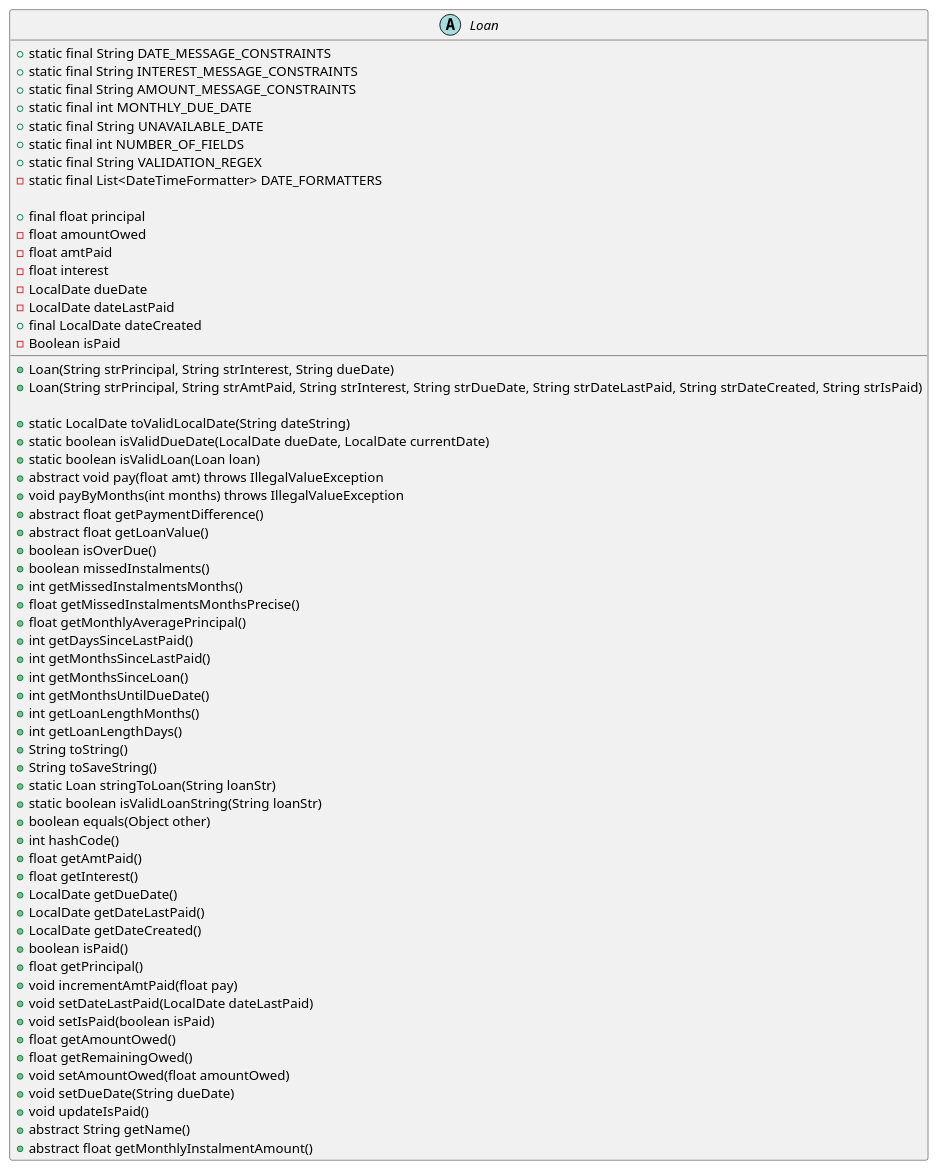
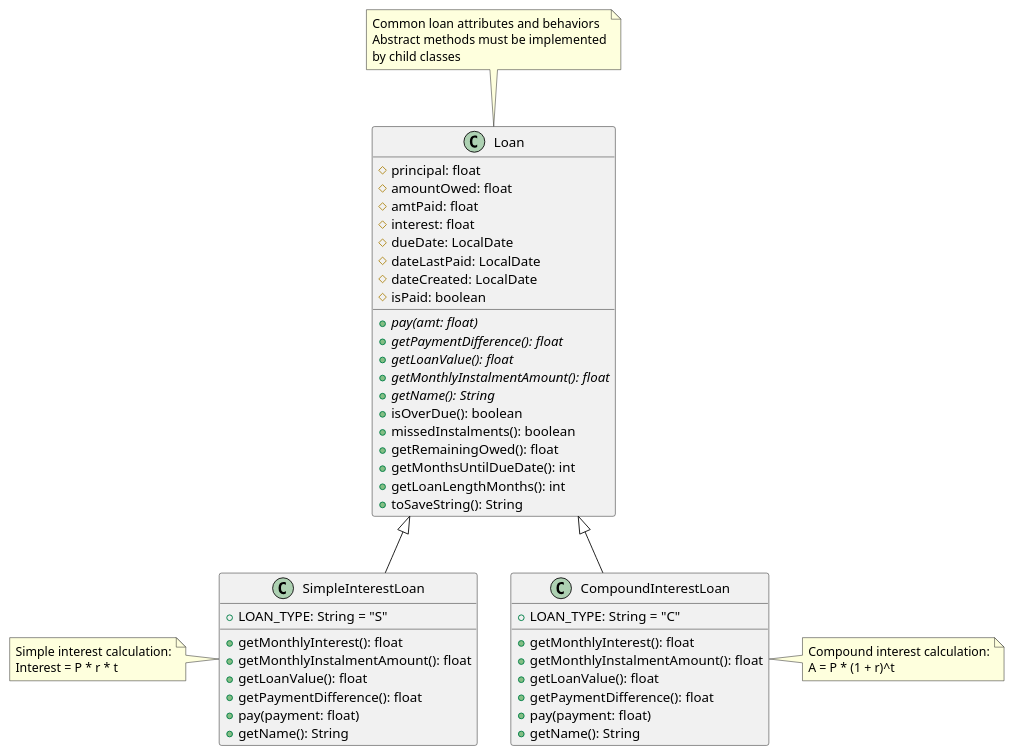
Before and after one commit to zechary28/tp: the diagram in docs/diagrams/LoanClassDiagram.puml, drawn with PlantUML. The commit also changed 2 other files, not shown here.

```diff
--- a/docs/diagrams/LoanClassDiagram.puml
+++ b/docs/diagrams/LoanClassDiagram.puml
@@ -1,68 +1,65 @@
 @startuml
+class Loan {
+    # principal: float
+    # amountOwed: float
+    # amtPaid: float
+    # interest: float
+    # dueDate: LocalDate
+    # dateLastPaid: LocalDate
+    # dateCreated: LocalDate
+    # isPaid: boolean
 
-abstract class Loan {
-    + static final String DATE_MESSAGE_CONSTRAINTS
-    + static final String INTEREST_MESSAGE_CONSTRAINTS
-    + static final String AMOUNT_MESSAGE_CONSTRAINTS
-    + static final int MONTHLY_DUE_DATE
-    + static final String UNAVAILABLE_DATE
-    + static final int NUMBER_OF_FIELDS
-    + static final String VALIDATION_REGEX
-    - static final List<DateTimeFormatter> DATE_FORMATTERS
-
-    + final float principal
-    - float amountOwed
-    - float amtPaid
-    - float interest
-    - LocalDate dueDate
-    - LocalDate dateLastPaid
-    + final LocalDate dateCreated
-    - Boolean isPaid
-
-    + Loan(String strPrincipal, String strInterest, String dueDate)
-    + Loan(String strPrincipal, String strAmtPaid, String strInterest, String strDueDate, String strDateLastPaid, String strDateCreated, String strIsPaid)
-
-    + static LocalDate toValidLocalDate(String dateString)
-    + static boolean isValidDueDate(LocalDate dueDate, LocalDate currentDate)
-    + static boolean isValidLoan(Loan loan)
-    + abstract void pay(float amt) throws IllegalValueException
-    + void payByMonths(int months) throws IllegalValueException
-    + abstract float getPaymentDifference()
-    + abstract float getLoanValue()
-    + boolean isOverDue()
-    + boolean missedInstalments()
-    + int getMissedInstalmentsMonths()
-    + float getMissedInstalmentsMonthsPrecise()
-    + float getMonthlyAveragePrincipal()
-    + int getDaysSinceLastPaid()
-    + int getMonthsSinceLastPaid()
-    + int getMonthsSinceLoan()
-    + int getMonthsUntilDueDate()
-    + int getLoanLengthMonths()
-    + int getLoanLengthDays()
-    + String toString()
-    + String toSaveString()
-    + static Loan stringToLoan(String loanStr)
-    + static boolean isValidLoanString(String loanStr)
-    + boolean equals(Object other)
-    + int hashCode()
-    + float getAmtPaid()
-    + float getInterest()
-    + LocalDate getDueDate()
-    + LocalDate getDateLastPaid()
-    + LocalDate getDateCreated()
-    + boolean isPaid()
-    + float getPrincipal()
-    + void incrementAmtPaid(float pay)
-    + void setDateLastPaid(LocalDate dateLastPaid)
-    + void setIsPaid(boolean isPaid)
-    + float getAmountOwed()
-    + float getRemainingOwed()
-    + void setAmountOwed(float amountOwed)
-    + void setDueDate(String dueDate)
-    + void updateIsPaid()
-    + abstract String getName()
-    + abstract float getMonthlyInstalmentAmount()
+    + {abstract} pay(amt: float)
+    + {abstract} getPaymentDifference(): float
+    + {abstract} getLoanValue(): float
+    + {abstract} getMonthlyInstalmentAmount(): float
+    + {abstract} getName(): String
+    + isOverDue(): boolean
+    + missedInstalments(): boolean
+    + getRemainingOwed(): float
+    + getMonthsUntilDueDate(): int
+    + getLoanLengthMonths(): int
+    + toSaveString(): String
 }
 
+class SimpleInterestLoan {
+    + LOAN_TYPE: String = "S"
+
+    + getMonthlyInterest(): float
+    + getMonthlyInstalmentAmount(): float
+    + getLoanValue(): float
+    + getPaymentDifference(): float
+    + pay(payment: float)
+    + getName(): String
+}
+
+class CompoundInterestLoan {
+    + LOAN_TYPE: String = "C"
+
+    + getMonthlyInterest(): float
+    + getMonthlyInstalmentAmount(): float
+    + getLoanValue(): float
+    + getPaymentDifference(): float
+    + pay(payment: float)
+    + getName(): String
+}
+
+Loan <|-- SimpleInterestLoan
+Loan <|-- CompoundInterestLoan
+
+note top of Loan
+  Common loan attributes and behaviors
+  Abstract methods must be implemented
+  by child classes
+end note
+
+note left of SimpleInterestLoan
+  Simple interest calculation:
+  Interest = P * r * t
+end note
+
+note right of CompoundInterestLoan
+  Compound interest calculation:
+  A = P * (1 + r)^t
+end note
 @enduml
```
